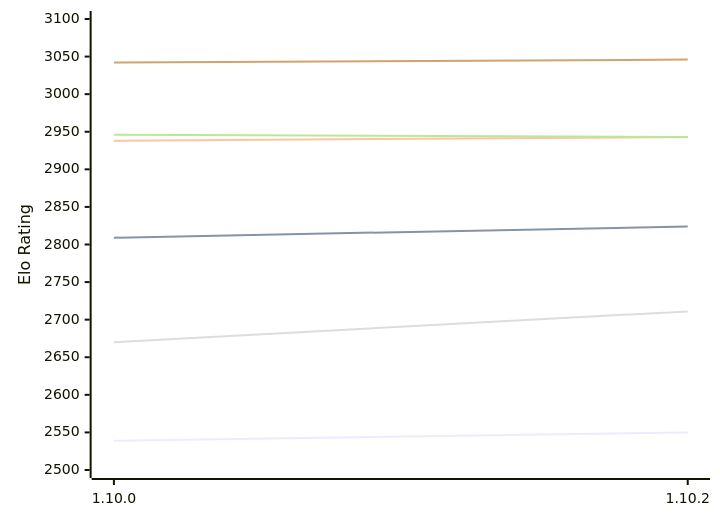
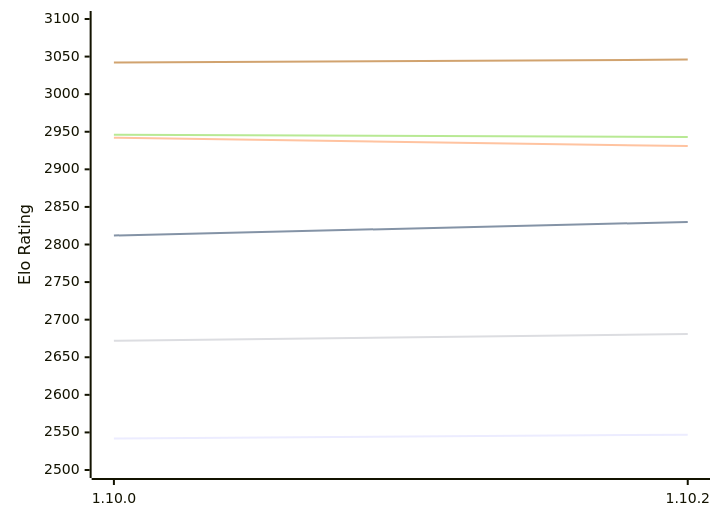
One commit to computer-chess-index/cci changed the first of 2 diagrams in engines/Basilisk.md. Above: the diagram before and after it, drawn with Mermaid. The commit also changed other lines of this file, not shown here.

Commit message:
Update CCI Ratings (ELO VLTC) - 2026-10-17

````diff
--- a/engines/Basilisk.md
+++ b/engines/Basilisk.md
@@ -61,12 +61,12 @@
 ```mermaid
 %%{init: {"theme":"base","themeVariables":{"seriesColors:['#a3a3a3','#222221','#faa371']}}}%%
 xychart-beta
   x-axis ["1.10.0", "1.10.2"]
   y-axis "Elo Rating" 2500 --> 3100
-  line "E1: STC (8.0+0.08s)" [2539, 2550]
-  line "E1: LTC (60.0+0.60s)" [2809, 2824]
-  line "E1: VLTC (2m24s+1.12s)" [2938, 2943]
-  line "P1: STC (8.0+0.08s)" [2670, 2711]
+  line "E1: STC (8.0+0.08s)" [2542, 2547]
+  line "E1: LTC (60.0+0.60s)" [2812, 2830]
+  line "E1: VLTC (2m24s+1.12s)" [2942, 2931]
+  line "P1: STC (8.0+0.08s)" [2672, 2681]
   line "P1: LTC (60.0+0.60s)" [2946, 2943]
   line "P1: VLTC (2m24s+1.12s)" [3042, 3046]
 ```
````
